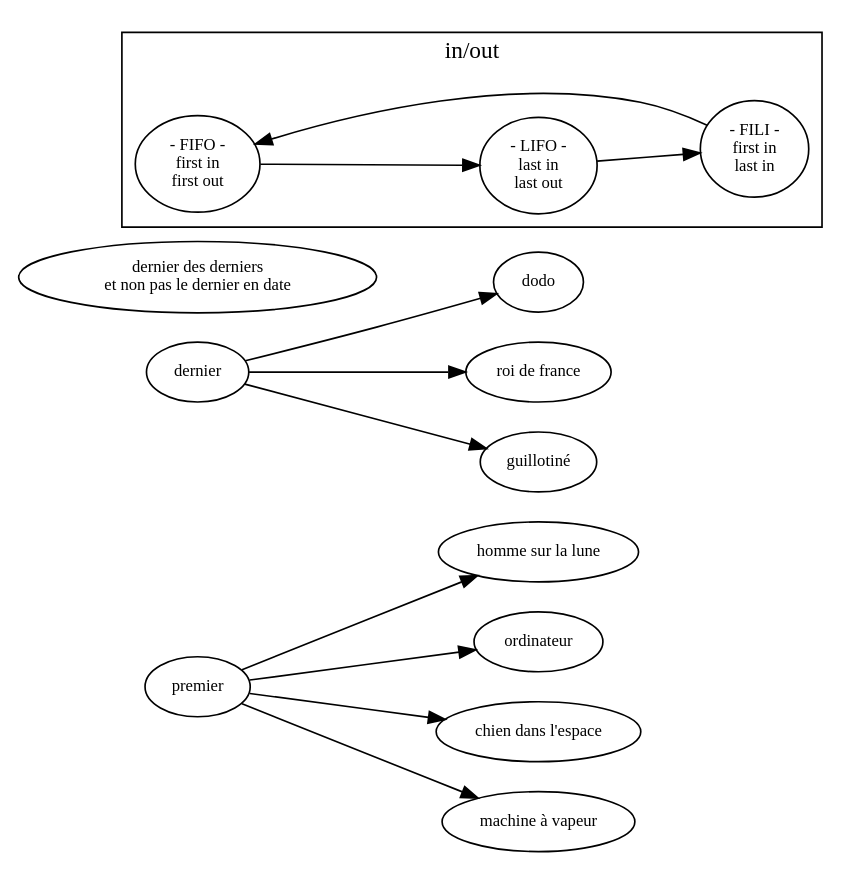
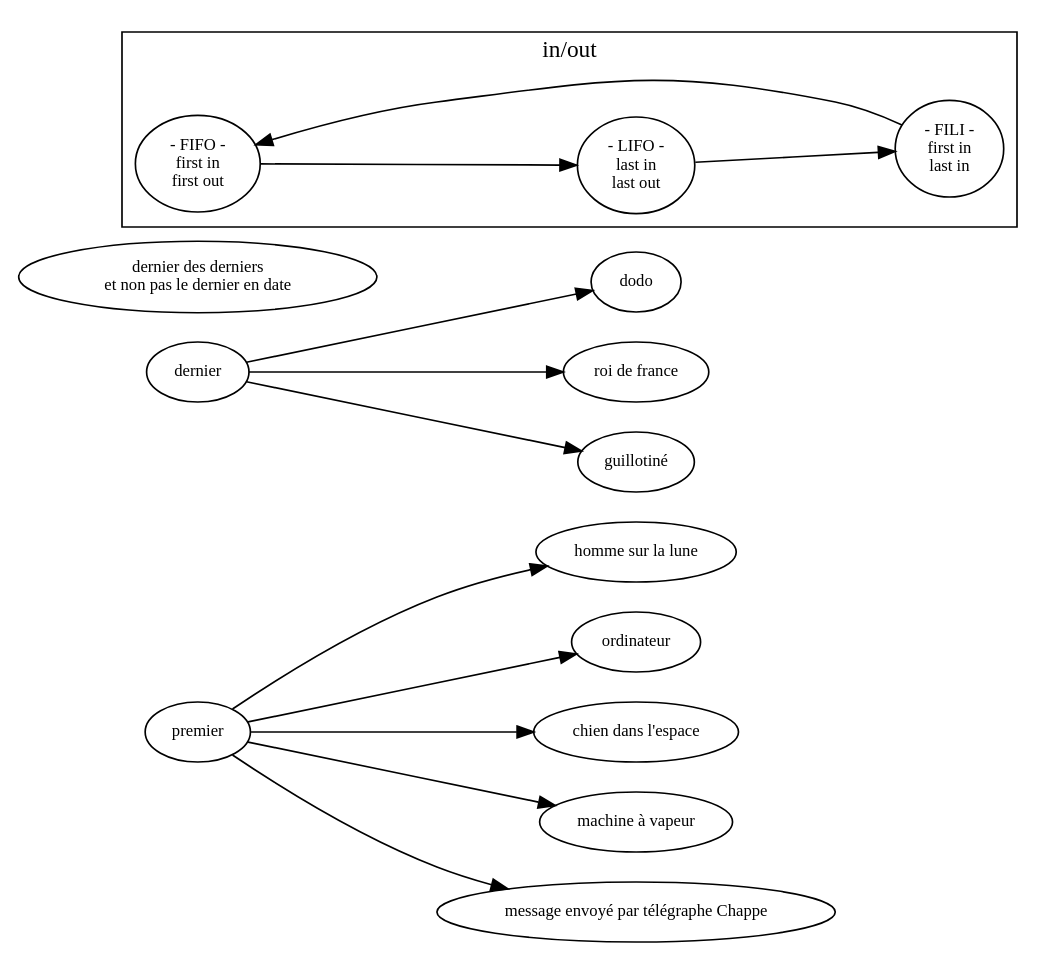
Before and after one commit to ensad-nancy/first-last: the diagram in sujet.dot, drawn with Graphviz.

Commit message:
+	first -> "message envoyé par télégraphe Chappe"

```diff
--- a/sujet.dot
+++ b/sujet.dot
@@ -1,34 +1,35 @@
 digraph {
 
 	fontname="myriadpro"
 	fontsize = 14
 	rankdir="LR"
 	node [fontname="myriadpro", fontsize = 10]
 	edge [fontname="monaco", fontsize = 9]
 	
 	first [label="premier"]
 	last [label="dernier"]
 	
 	"dernier des derniers\n et non pas le dernier en date" 
 
 	first -> "homme sur la lune"
 	first -> "ordinateur"
 	first -> "chien dans l'espace"
 	first -> "machine à vapeur"
+	first -> "message envoyé par télégraphe Chappe"
 	
 	last -> dodo
 	last -> "roi de france"
 	last -> "guillotiné"
 
 	subgraph cluster_FO{
 	
 		label="in/out"
 		
 		FIFO [label="- FIFO -\nfirst in\nfirst out"]
 		LIFO [label="- LIFO -\nlast in\nlast out"]
 		FILI [label="- FILI -\nfirst in\n last in"]
 
 		FILI -> FIFO -> LIFO -> FILI
 	}
 	
 }
```
